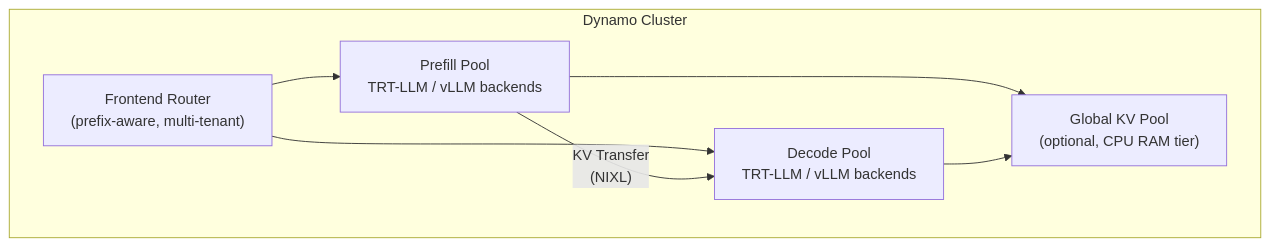
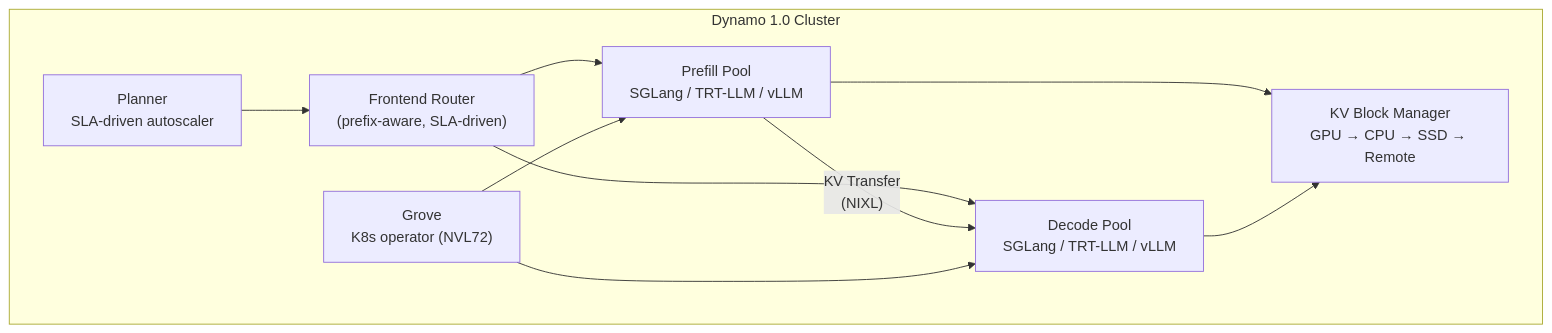
The sixth of 8 diagrams in ai_infra/L8_Inference_and_Serving/Inference_Frameworks.md (Wty2003328/ai_infra_intro), drawn with Mermaid before and after one commit. The commit also changed other lines of this file and 62 other files, not shown here.

````diff
--- a/ai_infra/L8_Inference_and_Serving/Inference_Frameworks.md
+++ b/ai_infra/L8_Inference_and_Serving/Inference_Frameworks.md
@@ -275,12 +308,17 @@
 ```mermaid
 graph TD
-    subgraph "Dynamo Cluster"
-        Router["Frontend Router<br/>(prefix-aware, multi-tenant)"]
-        Router --> PP["Prefill Pool<br/>TRT-LLM / vLLM backends"]
-        Router --> DP["Decode Pool<br/>TRT-LLM / vLLM backends"]
+    subgraph "Dynamo 1.0 Cluster"
+        Router["Frontend Router<br/>(prefix-aware, SLA-driven)"]
+        Router --> PP["Prefill Pool<br/>SGLang / TRT-LLM / vLLM"]
+        Router --> DP["Decode Pool<br/>SGLang / TRT-LLM / vLLM"]
         PP -->|"KV Transfer<br/>(NIXL)"| DP
-        KVP["Global KV Pool<br/>(optional, CPU RAM tier)"]
+        KVP["KV Block Manager<br/>GPU → CPU → SSD → Remote"]
         PP --> KVP
         DP --> KVP
+        Planner["Planner<br/>SLA-driven autoscaler"]
+        Grove["Grove<br/>K8s operator (NVL72)"]
+        Planner --> Router
+        Grove --> PP
+        Grove --> DP
     end
 ```
````
